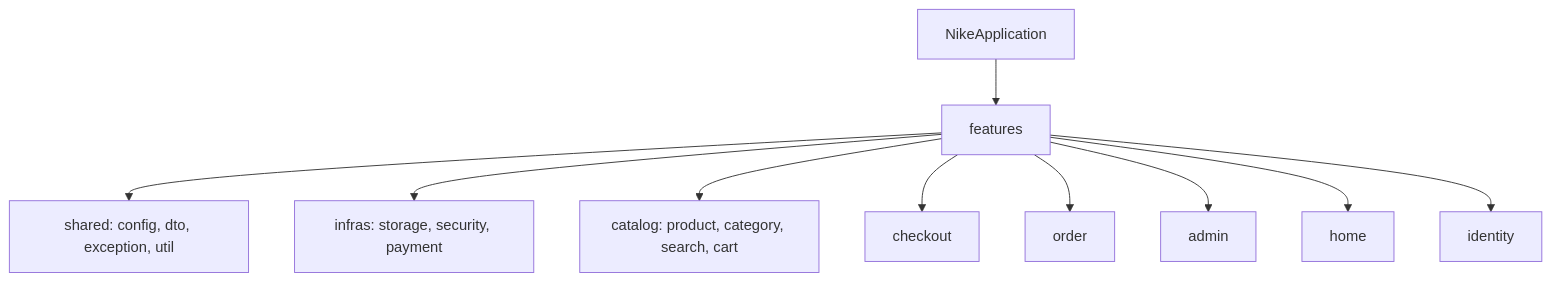
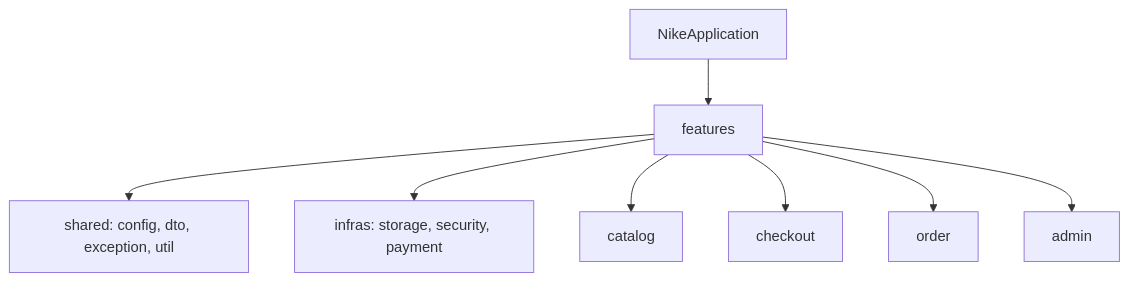
Before and after one commit to supaFrik/Nike-e-commerce-web-application: the third of 3 diagrams in README.md, drawn with Mermaid. The commit also changed other lines of this file, not shown here.

````diff
--- a/README.md
+++ b/README.md
@@ -116,17 +110,14 @@
 ```mermaid
 flowchart TB
   App[NikeApplication]
   Features[features]
   Shared[shared: config, dto, exception, util]
   Infra[infras: storage, security, payment]
-
   App --> Features
   Features --> Shared
   Features --> Infra
-  Features --> Catalog[catalog: product, category, search, cart]
+  Features --> Catalog[catalog]
   Features --> Checkout[checkout]
   Features --> Order[order]
   Features --> Admin[admin]
-  Features --> Home[home]
-  Features --> Identity[identity]
 ```
````
